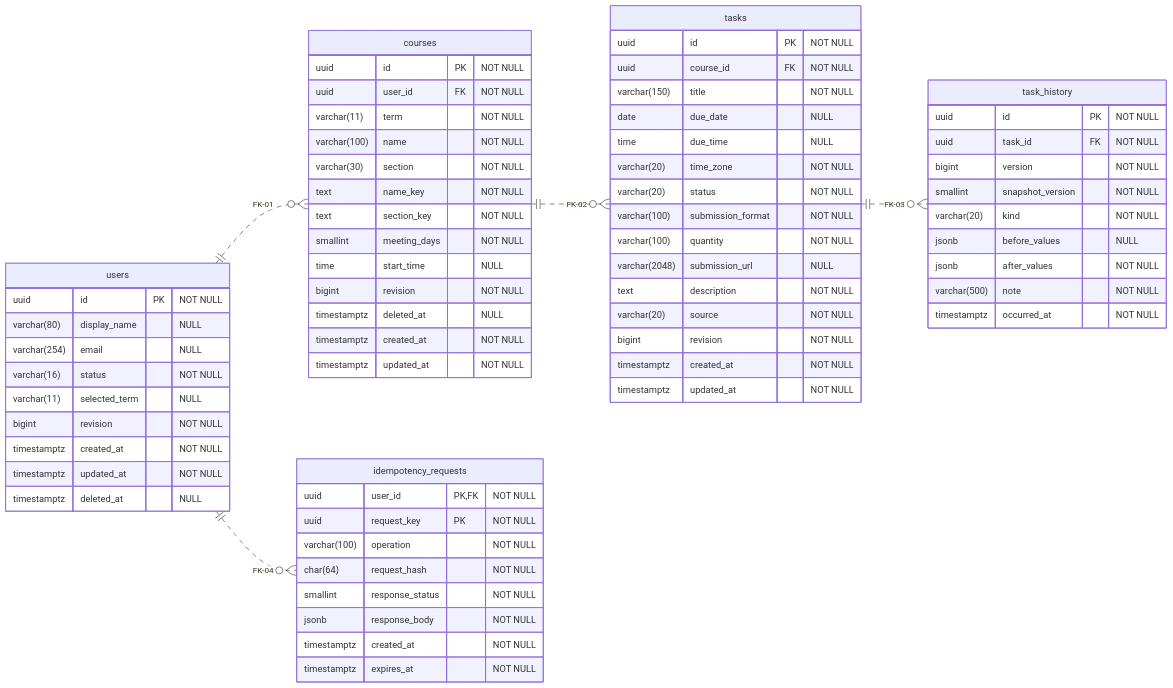
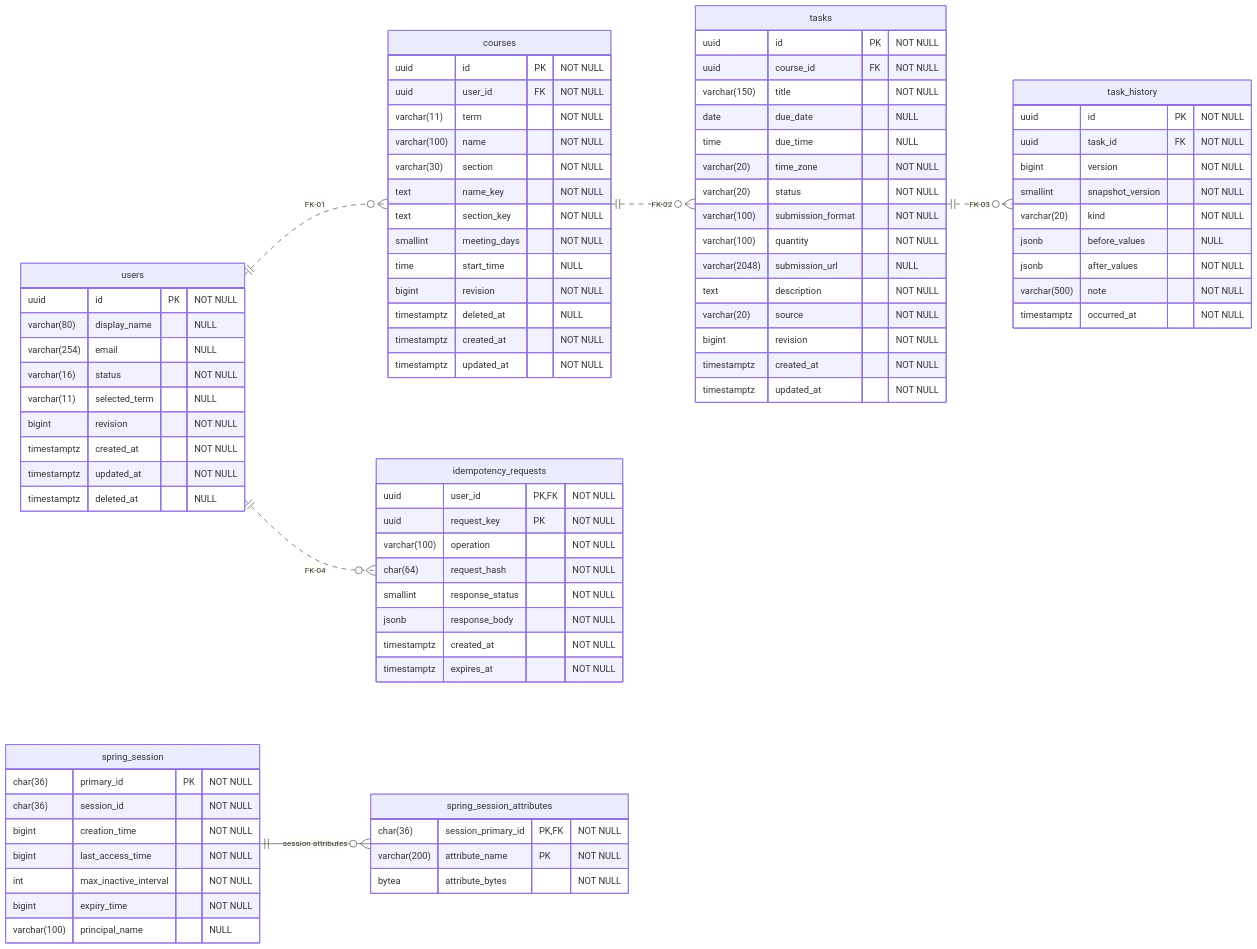
Before and after one commit to yuna1313/duelens: the diagram in docs/backend/erd.mmd, drawn with Mermaid. The commit also changed 7 other files, not shown here.

Commit message:
서버 세션 테이블을 ERD·DDL 설계에 반영

```diff
--- a/docs/backend/erd.mmd
+++ b/docs/backend/erd.mmd
@@ -1,70 +1,85 @@
 erDiagram
     direction LR
     users {
         uuid id PK "NOT NULL"
         varchar(80) display_name  "NULL"
         varchar(254) email  "NULL"
         varchar(16) status  "NOT NULL"
         varchar(11) selected_term  "NULL"
         bigint revision  "NOT NULL"
         timestamptz created_at  "NOT NULL"
         timestamptz updated_at  "NOT NULL"
         timestamptz deleted_at  "NULL"
     }
     courses {
         uuid id PK "NOT NULL"
         uuid user_id FK "NOT NULL"
         varchar(11) term  "NOT NULL"
         varchar(100) name  "NOT NULL"
         varchar(30) section  "NOT NULL"
         text name_key  "NOT NULL"
         text section_key  "NOT NULL"
         smallint meeting_days  "NOT NULL"
         time start_time  "NULL"
         bigint revision  "NOT NULL"
         timestamptz deleted_at  "NULL"
         timestamptz created_at  "NOT NULL"
         timestamptz updated_at  "NOT NULL"
     }
     tasks {
         uuid id PK "NOT NULL"
         uuid course_id FK "NOT NULL"
         varchar(150) title  "NOT NULL"
         date due_date  "NULL"
         time due_time  "NULL"
         varchar(20) time_zone  "NOT NULL"
         varchar(20) status  "NOT NULL"
         varchar(100) submission_format  "NOT NULL"
         varchar(100) quantity  "NOT NULL"
         varchar(2048) submission_url  "NULL"
         text description  "NOT NULL"
         varchar(20) source  "NOT NULL"
         bigint revision  "NOT NULL"
         timestamptz created_at  "NOT NULL"
         timestamptz updated_at  "NOT NULL"
     }
     task_history {
         uuid id PK "NOT NULL"
         uuid task_id FK "NOT NULL"
         bigint version  "NOT NULL"
         smallint snapshot_version  "NOT NULL"
         varchar(20) kind  "NOT NULL"
         jsonb before_values  "NULL"
         jsonb after_values  "NOT NULL"
         varchar(500) note  "NOT NULL"
         timestamptz occurred_at  "NOT NULL"
     }
     idempotency_requests {
         uuid user_id PK,FK "NOT NULL"
         uuid request_key PK "NOT NULL"
         varchar(100) operation  "NOT NULL"
         char(64) request_hash  "NOT NULL"
         smallint response_status  "NOT NULL"
         jsonb response_body  "NOT NULL"
         timestamptz created_at  "NOT NULL"
         timestamptz expires_at  "NOT NULL"
     }
     users ||..o{ courses : "FK-01"
     courses ||..o{ tasks : "FK-02"
     tasks ||..o{ task_history : "FK-03"
     users ||..o{ idempotency_requests : "FK-04"
+    spring_session {
+        char(36) primary_id PK "NOT NULL"
+        char(36) session_id "NOT NULL"
+        bigint creation_time "NOT NULL"
+        bigint last_access_time "NOT NULL"
+        int max_inactive_interval "NOT NULL"
+        bigint expiry_time "NOT NULL"
+        varchar(100) principal_name "NULL"
+    }
+    spring_session_attributes {
+        char(36) session_primary_id PK,FK "NOT NULL"
+        varchar(200) attribute_name PK "NOT NULL"
+        bytea attribute_bytes "NOT NULL"
+    }
+    spring_session ||--o{ spring_session_attributes : "session attributes"
```
